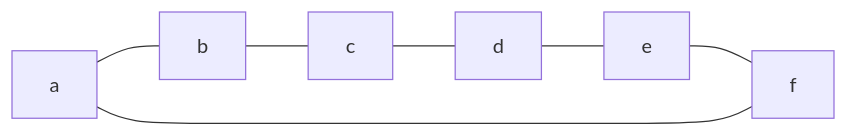
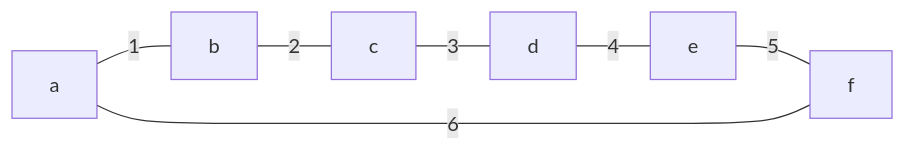
Before and after one commit to nkarl/wsu-cpts-453-graph-theory: the third of 5 diagrams in homeworks/week11/Assessment.Week11.md, drawn with Mermaid. The commit also changed other lines of this file, not shown here.

Commit message:
vault backup: 2022-11-08 13:36:30
Affected files:
homeworks/week11/Assessment.Week11.md

````diff
--- a/homeworks/week11/Assessment.Week11.md
+++ b/homeworks/week11/Assessment.Week11.md
@@ -66,9 +66,9 @@
 ```mermaid
 graph LR
-	a --- b
-	b --- c
-	c --- d
-	d --- e
-	e --- f
-	f --- a
+	a ---|1| b
+	b ---|2| c
+	c ---|3| d
+	d ---|4| e
+	e ---|5| f
+	f ---|6| a
 ```
````
